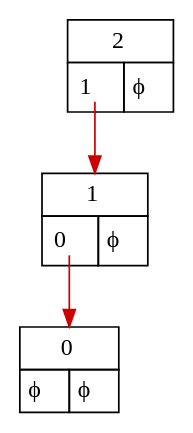
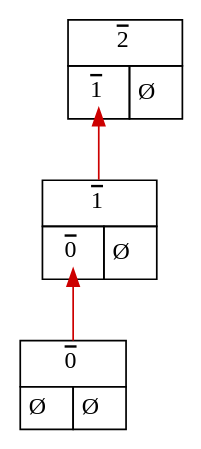
The diagram in examples/Data/multiplication_ex_2.dot (mroughan/SurrealNumbers.jl), drawn with Graphviz before and after one commit. The commit also changed 16 other files, not shown here.

Commit message:
update, mainly improved figure

```diff
--- a/examples/Data/multiplication_ex_2.dot
+++ b/examples/Data/multiplication_ex_2.dot
@@ -1,22 +1,22 @@
 digraph "2.0" {
    node_1 [shape=none,margin=0,label=
          <<TABLE BORDER="0" CELLBORDER="1" CELLSPACING="0" CELLPADDING="4">
-         <TR><TD COLSPAN="2">2</TD></TR>
-         <TR><TD PORT="L"> <TABLE BORDER="0" CELLBORDER="0" CELLPADDING="0"><TR><TD PORT="1,1"> 1 </TD> &nbsp; </TR></TABLE> </TD><TD PORT="R"> ϕ </TD></TR>
+         <TR><TD  CELLPADDING="5pt" COLSPAN="2"><o>2</o></TD></TR>
+         <TR><TD PORT="L"> <TABLE BORDER="0" CELLBORDER="0" CELLPADDING="0"><TR><TD CELLPADDING="1pt" PORT="1,1"> <o>1</o> </TD> &nbsp; </TR></TABLE> </TD><TD PORT="R"> Ø </TD></TR>
          </TABLE>>,
          ];
-   node_1:"1,1" -> node_2 [color="red3"];
+   node_1:"1,1" -> node_2 [color="red3", dir=back];
    node_2 [shape=none,margin=0,label=
          <<TABLE BORDER="0" CELLBORDER="1" CELLSPACING="0" CELLPADDING="4">
-         <TR><TD COLSPAN="2">1</TD></TR>
-         <TR><TD PORT="L"> <TABLE BORDER="0" CELLBORDER="0" CELLPADDING="0"><TR><TD PORT="0,1"> 0 </TD> &nbsp; </TR></TABLE> </TD><TD PORT="R"> ϕ </TD></TR>
+         <TR><TD  CELLPADDING="5pt" COLSPAN="2"><o>1</o></TD></TR>
+         <TR><TD PORT="L"> <TABLE BORDER="0" CELLBORDER="0" CELLPADDING="0"><TR><TD CELLPADDING="1pt" PORT="0,1"> <o>0</o> </TD> &nbsp; </TR></TABLE> </TD><TD PORT="R"> Ø </TD></TR>
          </TABLE>>,
          ];
-   node_2:"0,1" -> node_3 [color="red3"];
+   node_2:"0,1" -> node_3 [color="red3", dir=back];
    node_3 [shape=none,margin=0,label=
          <<TABLE BORDER="0" CELLBORDER="1" CELLSPACING="0" CELLPADDING="4">
-         <TR><TD COLSPAN="2">0</TD></TR>
-         <TR><TD PORT="L"> ϕ </TD><TD PORT="R"> ϕ </TD></TR>
+         <TR><TD  CELLPADDING="5pt" COLSPAN="2"><o>0</o></TD></TR>
+         <TR><TD PORT="L"> Ø </TD><TD PORT="R"> Ø </TD></TR>
          </TABLE>>,
          ];
 }
```
